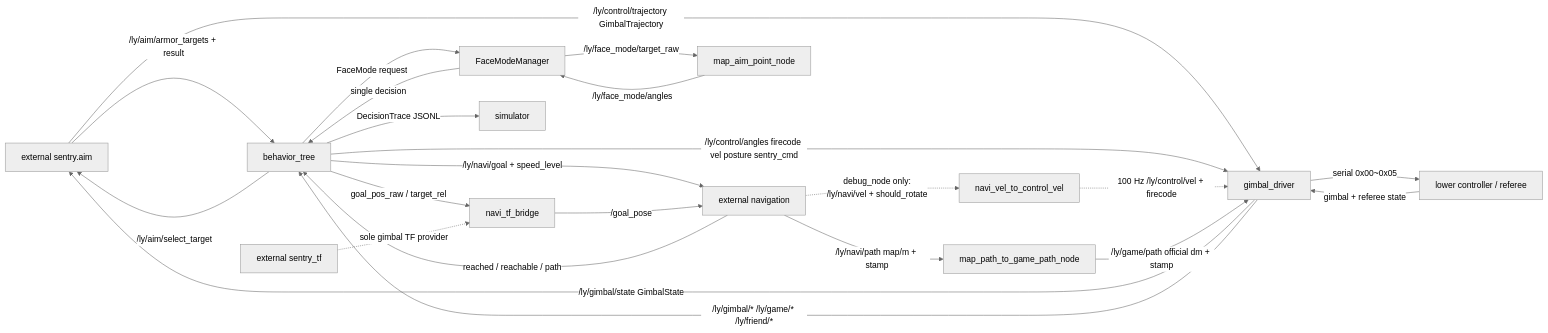
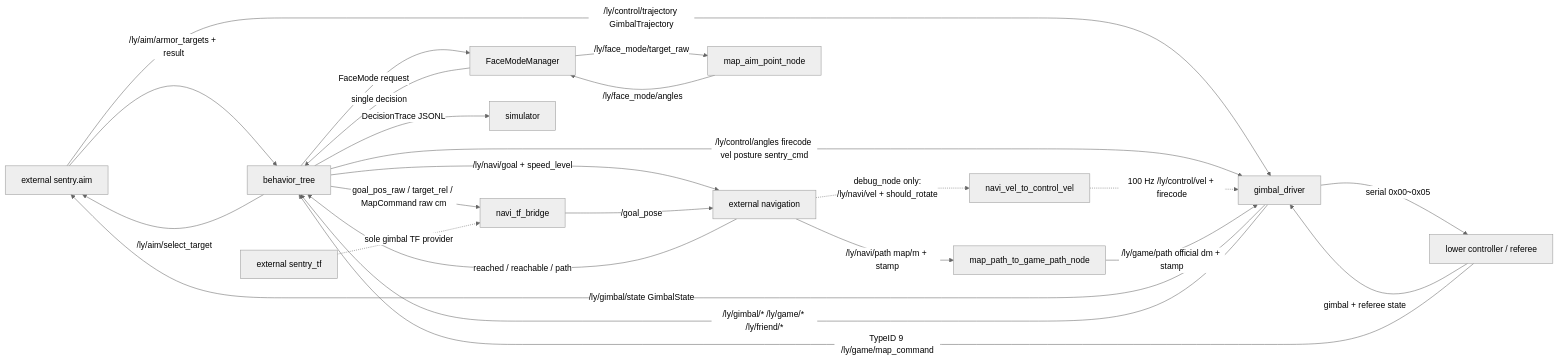
Before and after one commit to UnWanHin/ros2_ly_ws_sentary: the diagram in .understand-anything/project-knowledge-graph.md, drawn with Mermaid (neutral theme). The commit also changed other lines of this file and 3 other files, not shown here.

Commit message:
docs: map referee command graph

````diff
--- a/.understand-anything/project-knowledge-graph.md
+++ b/.understand-anything/project-knowledge-graph.md
@@ -19,27 +19,28 @@
 ```mermaid
 flowchart LR
   AIM[external sentry.aim] -->|/ly/aim/armor_targets + result| BT[behavior_tree]
   AIM -->|/ly/control/trajectory GimbalTrajectory| GD[gimbal_driver]
   BT -->|/ly/aim/select_target| AIM
   BT -->|/ly/control/angles firecode vel posture sentry_cmd| GD[gimbal_driver]
   GD -->|/ly/gimbal/state GimbalState| AIM
   GD -->|serial 0x00~0x05| LOWER[lower controller / referee]
   LOWER -->|gimbal + referee state| GD
   GD -->|/ly/gimbal/* /ly/game/* /ly/friend/*| BT
+  LOWER -->|TypeID 9 /ly/game/map_command| BT
 
   BT -->|/ly/navi/goal + speed_level| NAV
-  BT -->|goal_pos_raw / target_rel| BRIDGE[navi_tf_bridge]
+  BT -->|goal_pos_raw / target_rel / MapCommand raw cm| BRIDGE[navi_tf_bridge]
   BT -->|FaceMode request| FACE[FaceModeManager]
   FACE -->|/ly/face_mode/target_raw| FACE_SOLVER[map_aim_point_node]
   FACE_SOLVER -->|/ly/face_mode/angles| FACE
   FACE -->|single decision| BT
   BRIDGE -->|/goal_pose| NAV[external navigation]
   NAV -->|reached / reachable / path| BT
   NAV -.debug_node only:\n/ly/navi/vel + should_rotate.-> DEBUG_VEL[navi_vel_to_control_vel]
   DEBUG_VEL -.100 Hz /ly/control/vel + firecode.-> GD
   NAV -->|/ly/navi/path map/m + stamp| PATH[map_path_to_game_path_node]
   PATH -->|/ly/game/path official dm + stamp| GD
 
   TF[external sentry_tf] -.sole gimbal TF provider.-> BRIDGE
   BT -->|DecisionTrace JSONL| SIM[simulator]
 ```
````
